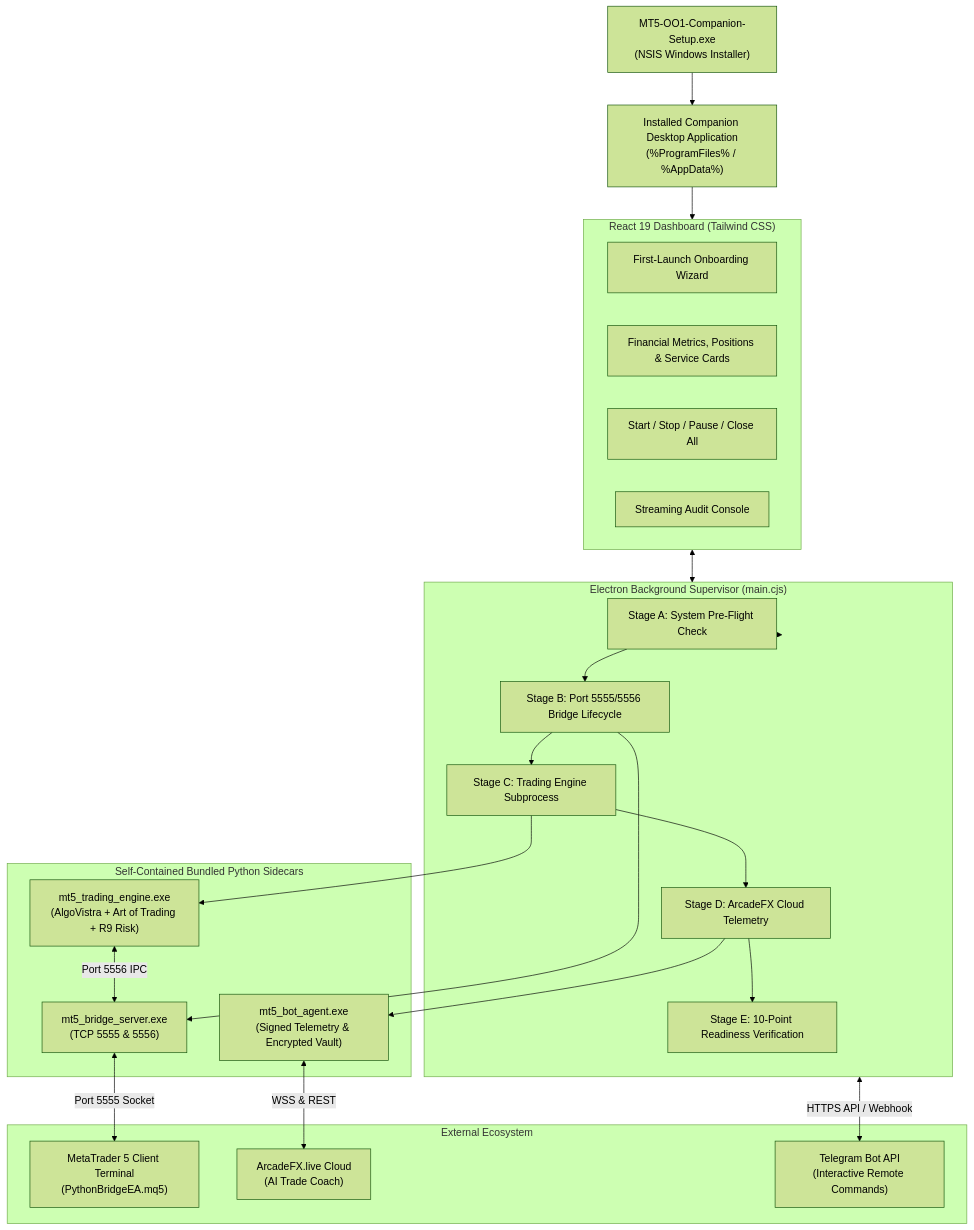
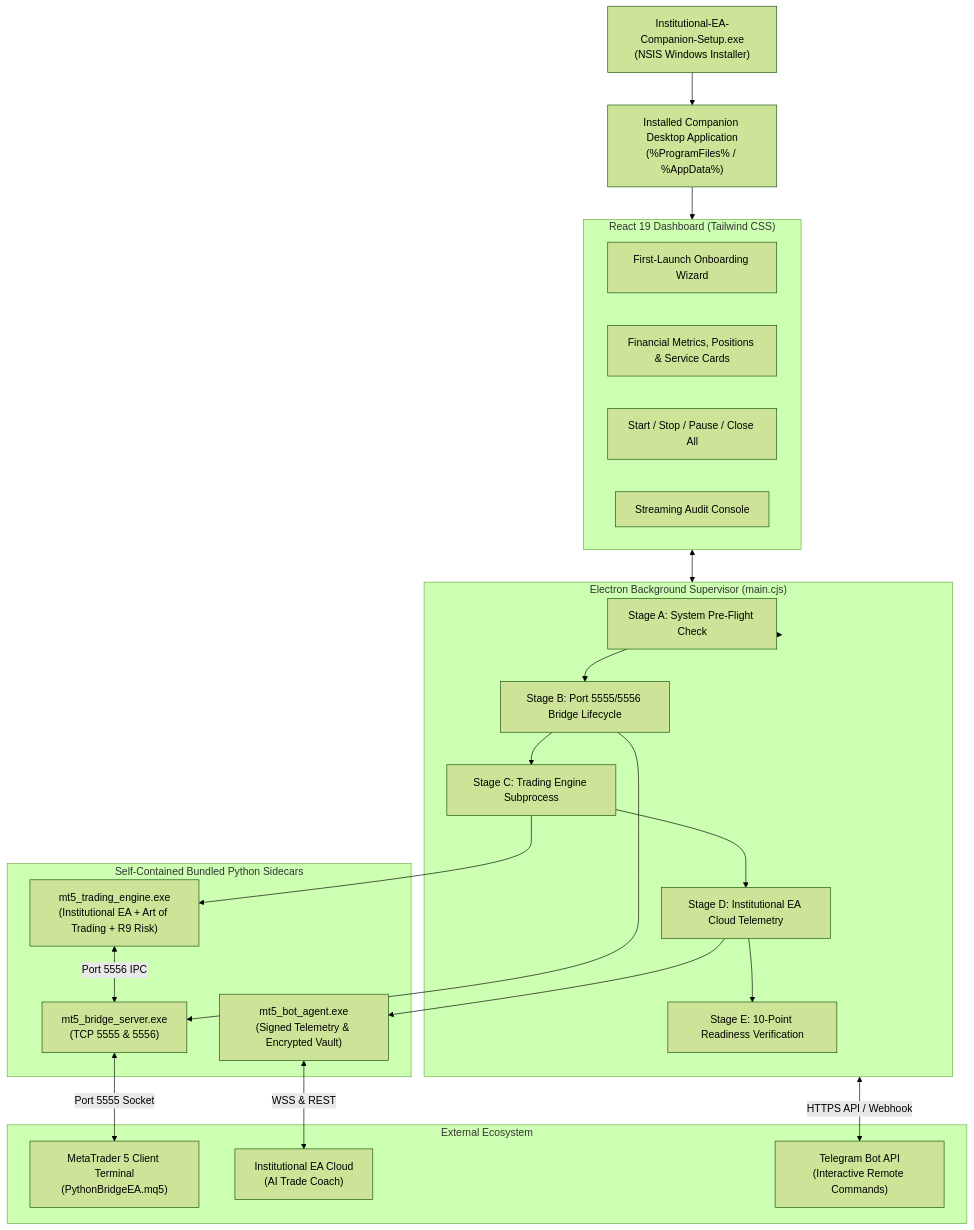
The diagram in docs/single_installer_runbook.md (gackstone/Institutional-EA), drawn with Mermaid (forest theme) before and after one commit. The commit also changed other lines of this file and 197 other files, not shown here.

Commit message:
Rebrand entire project and companion app to Institutional EA

````diff
--- a/docs/single_installer_runbook.md
+++ b/docs/single_installer_runbook.md
@@ -9,46 +9,46 @@
 ```mermaid
 flowchart TD
-    Installer["MT5-OO1-Companion-Setup.exe\n(NSIS Windows Installer)"]
+    Installer["Institutional-EA-Companion-Setup.exe\n(NSIS Windows Installer)"]
     InstalledApp["Installed Companion Desktop Application\n(%ProgramFiles% / %AppData%)"]
     
     subgraph Frontend["React 19 Dashboard (Tailwind CSS)"]
         Onboarding["First-Launch Onboarding Wizard"]
         Dashboard["Financial Metrics, Positions & Service Cards"]
         Controls["Start / Stop / Pause / Close All"]
         Console["Streaming Audit Console"]
     end
 
     subgraph Supervisor["Electron Background Supervisor (main.cjs)"]
         Preflight["Stage A: System Pre-Flight Check"]
         BridgeMgr["Stage B: Port 5555/5556 Bridge Lifecycle"]
         EngineMgr["Stage C: Trading Engine Subprocess"]
-        AgentMgr["Stage D: ArcadeFX Cloud Telemetry"]
+        AgentMgr["Stage D: Institutional EA Cloud Telemetry"]
         Readiness["Stage E: 10-Point Readiness Verification"]
     end
 
     subgraph Sidecars["Self-Contained Bundled Python Sidecars"]
         BridgeExe["mt5_bridge_server.exe\n(TCP 5555 & 5556)"]
-        EngineExe["mt5_trading_engine.exe\n(AlgoVistra + Art of Trading + R9 Risk)"]
+        EngineExe["mt5_trading_engine.exe\n(Institutional EA + Art of Trading + R9 Risk)"]
         AgentExe["mt5_bot_agent.exe\n(Signed Telemetry & Encrypted Vault)"]
     end
 
     subgraph External["External Ecosystem"]
         MT5["MetaTrader 5 Client Terminal\n(PythonBridgeEA.mq5)"]
-        Cloud["ArcadeFX.live Cloud\n(AI Trade Coach)"]
+        Cloud["Institutional EA Cloud\n(AI Trade Coach)"]
         Telegram["Telegram Bot API\n(Interactive Remote Commands)"]
     end
 
     Installer --> InstalledApp
     InstalledApp --> Frontend
     Frontend <--> Supervisor
     Supervisor --> Preflight
     Preflight --> BridgeMgr --> BridgeExe
     BridgeMgr --> EngineMgr --> EngineExe
     EngineMgr --> AgentMgr --> AgentExe
     AgentMgr --> Readiness
 
     BridgeExe <-->|Port 5555 Socket| MT5
     EngineExe <-->|Port 5556 IPC| BridgeExe
     AgentExe <-->|WSS & REST| Cloud
     Supervisor <-->|HTTPS API / Webhook| Telegram
 ```
````
